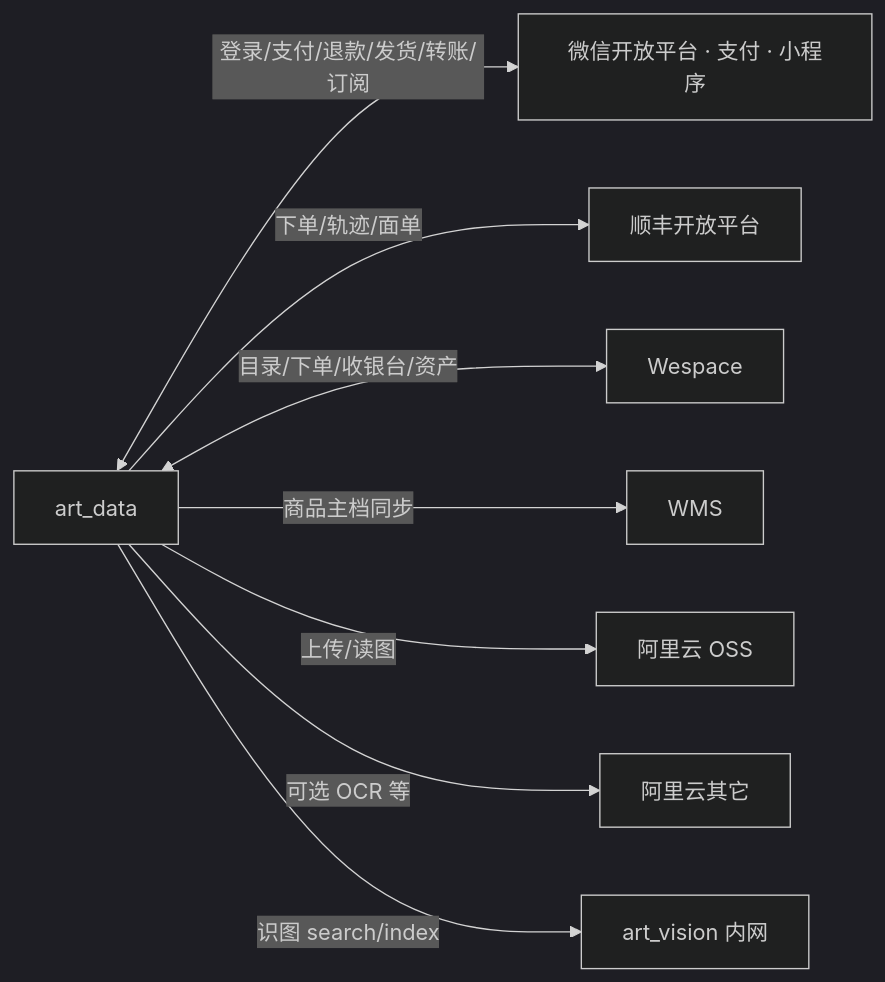
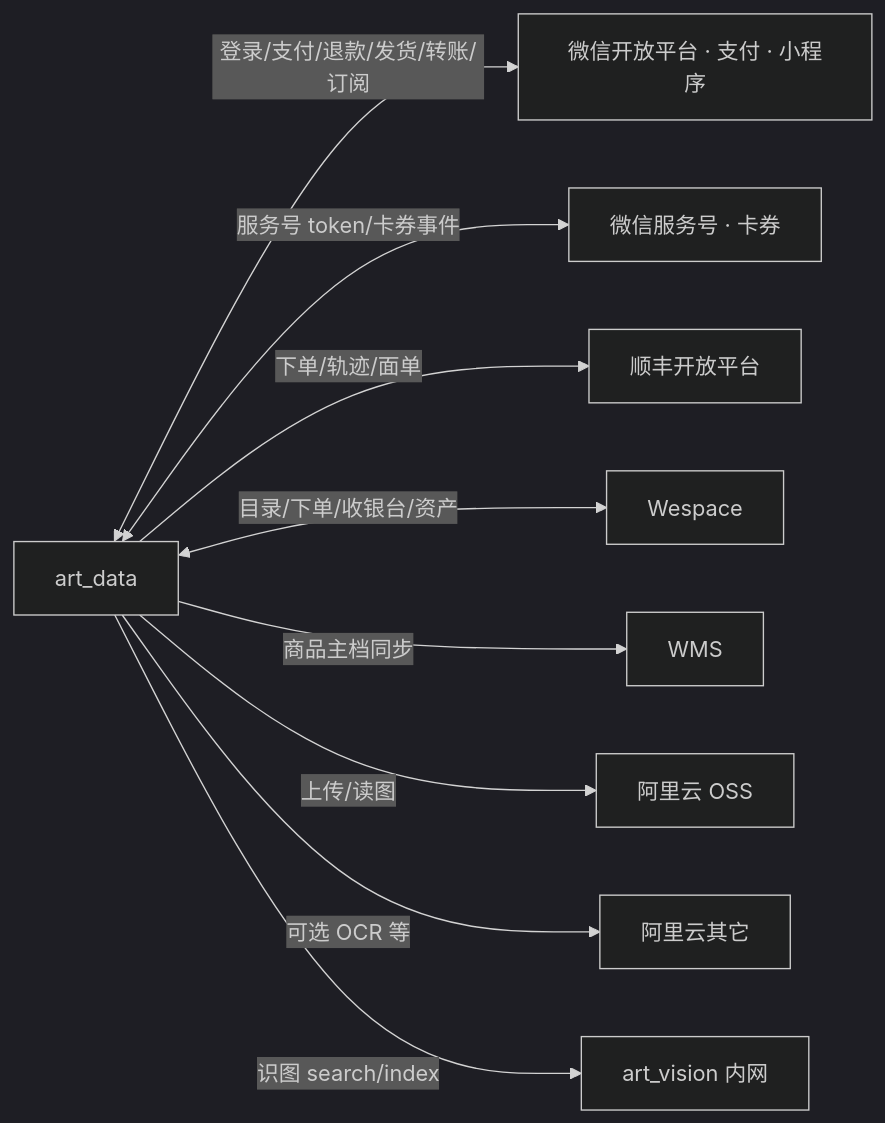
One commit to bei123/art_data changed the diagram in docs/INTEGRATIONS.md. Above: the diagram before and after it, drawn with Mermaid (dark theme). The commit also changed other lines of this file and 18 other files, not shown here.

````diff
--- a/docs/INTEGRATIONS.md
+++ b/docs/INTEGRATIONS.md
@@ -7,12 +7,13 @@
 ```mermaid
 flowchart LR
   API[art_data]
 
   API <-->|登录/支付/退款/发货/转账/订阅| WX[微信开放平台 · 支付 · 小程序]
+  API <-->|服务号 token/卡券事件| OA[微信服务号 · 卡券]
   API -->|下单/轨迹/面单| SF[顺丰开放平台]
   API <-->|目录/下单/收银台/资产| WS[Wespace]
   API -->|商品主档同步| WMS[WMS]
   API -->|上传/读图| OSS[阿里云 OSS]
   API -->|可选 OCR 等| ALI[阿里云其它]
   API -->|识图 search/index| VIS[art_vision 内网]
 ```
````
